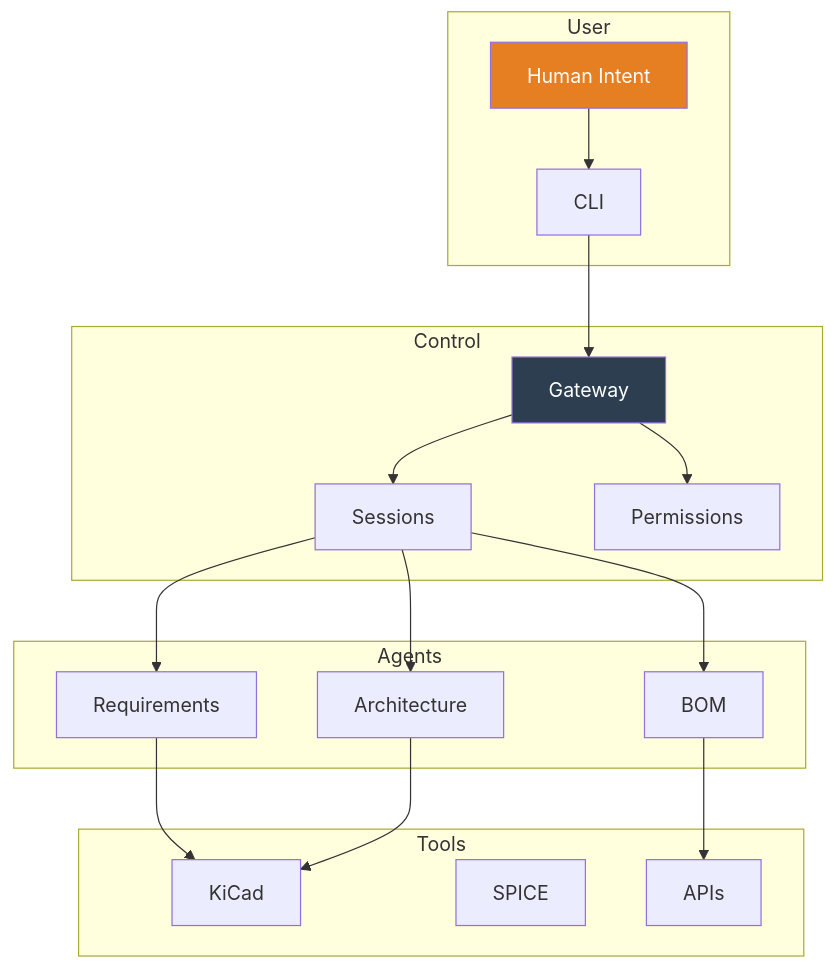
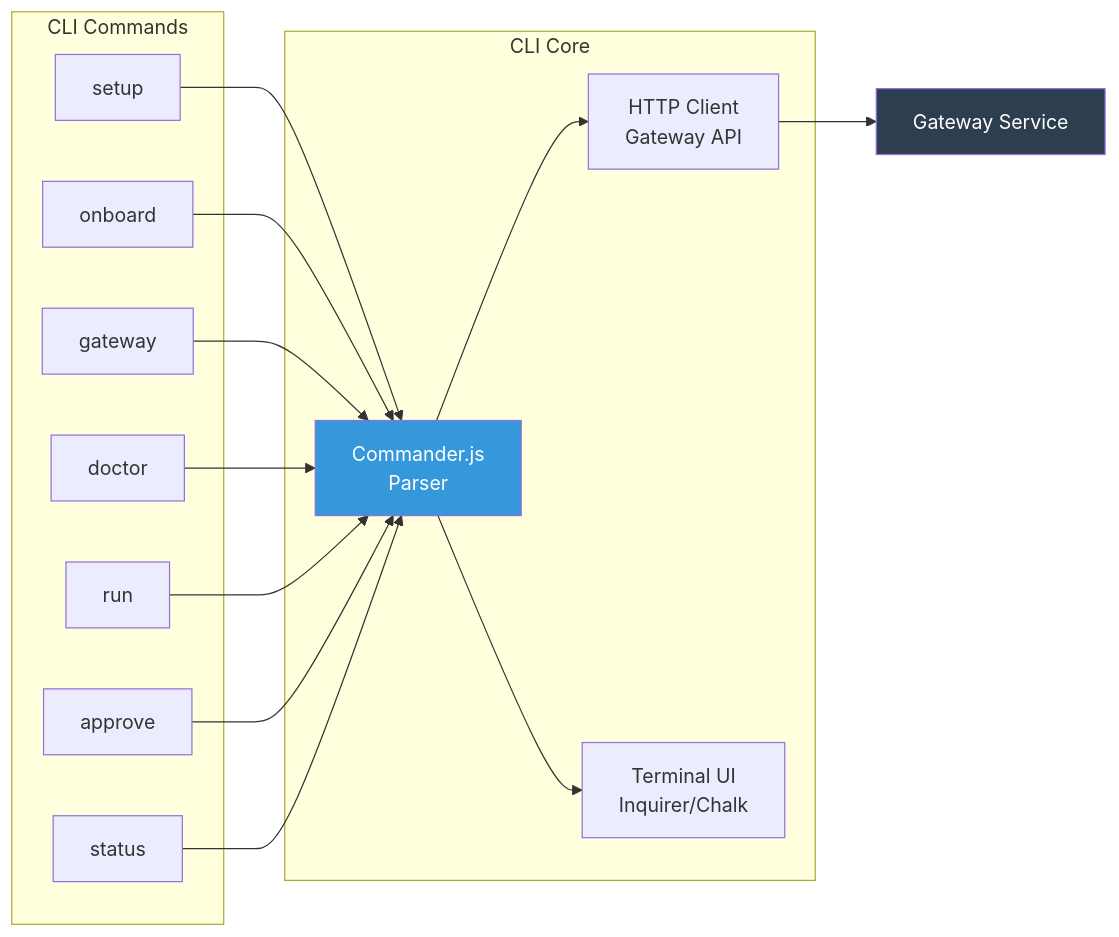
One commit to FidelOdok/MetaForge-Planner changed the second of 20 diagrams in docs/architecture.md. Above: the diagram before and after it, drawn with Mermaid. The commit also changed other lines of this file, not shown here.

First line of the commit message:
docs: comprehensive architecture documentation with 20 Mermaid diagrams

````diff
--- a/docs/architecture.md
+++ b/docs/architecture.md
@@ -12,39 +94,33 @@
 ```mermaid
-graph TB
-    subgraph User
-        A[Human Intent]
-        B[CLI]
+graph LR
+    subgraph "CLI Commands"
+        A1[setup]
+        A2[onboard]
+        A3[gateway]
+        A4[doctor]
+        A5[run]
+        A6[approve]
+        A7[status]
     end
 
-    subgraph Control
-        C[Gateway]
-        D[Sessions]
-        E[Permissions]
+    subgraph "CLI Core"
+        B[Commander.js<br/>Parser]
+        C[HTTP Client<br/>Gateway API]
+        D[Terminal UI<br/>Inquirer/Chalk]
     end
 
-    subgraph Agents
-        F[Requirements]
-        G[Architecture]
-        H[BOM]
-    end
+    A1 --> B
+    A2 --> B
+    A3 --> B
+    A4 --> B
+    A5 --> B
+    A6 --> B
+    A7 --> B
 
-    subgraph Tools
-        I[KiCad]
-        J[SPICE]
-        K[APIs]
-    end
+    B --> C
+    B --> D
+    C --> E[Gateway Service]
 
-    A --> B
-    B --> C
-    C --> D
-    C --> E
-    D --> F
-    D --> G
-    D --> H
-    F --> I
-    G --> I
-    H --> K
-
-    style C fill:#2C3E50,color:#fff
-    style A fill:#E67E22,color:#fff
+    style B fill:#3498db,color:#fff
+    style E fill:#2C3E50,color:#fff
 ```
````
